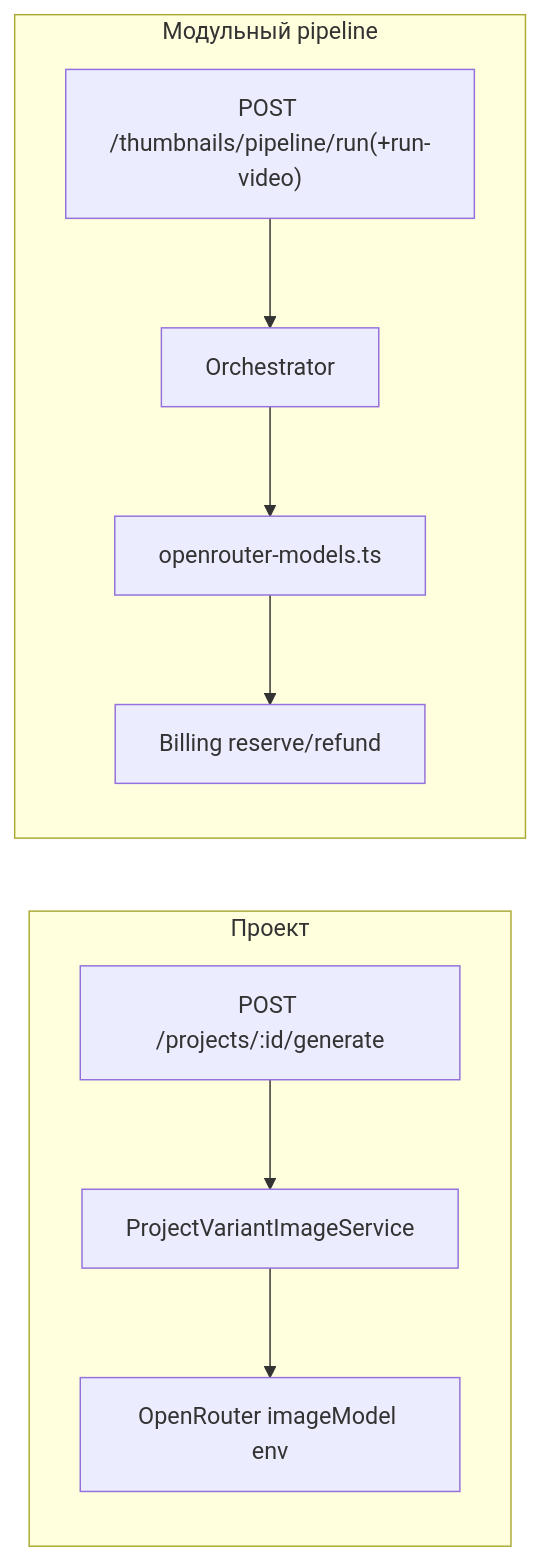
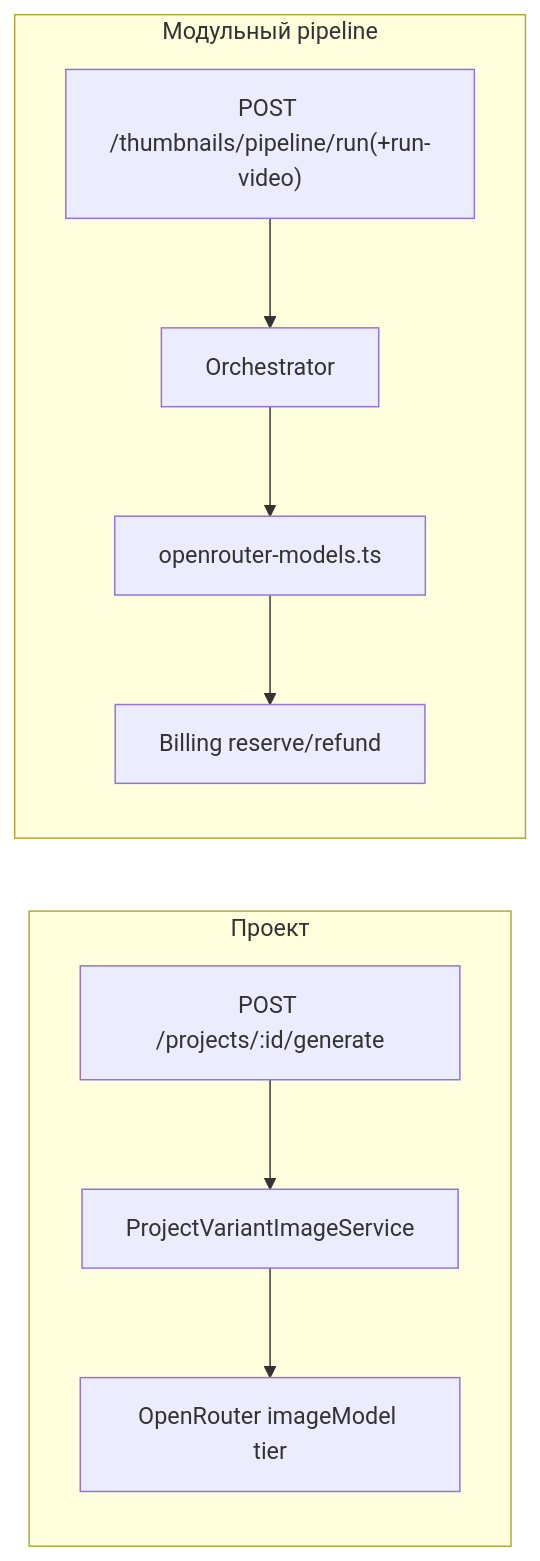
Before and after one commit to IlyaSenkevich19/viralthumbnails: the diagram in apps/backend/README.md, drawn with Mermaid. The commit also changed other lines of this file and 21 other files, not shown here.

````diff
--- a/apps/backend/README.md
+++ b/apps/backend/README.md
@@ -41,12 +41,12 @@
 ```mermaid
 flowchart LR
   subgraph proj["Проект"]
     A["POST /projects/:id/generate"] --> B["ProjectVariantImageService"]
-    B --> C["OpenRouter imageModel env"]
+    B --> C["OpenRouter imageModel tier"]
   end
   subgraph pipe["Модульный pipeline"]
     G["POST /thumbnails/pipeline/run(+run-video)"] --> H["Orchestrator"]
     H --> I["openrouter-models.ts"]
     I --> J["Billing reserve/refund"]
   end
 ```
````
